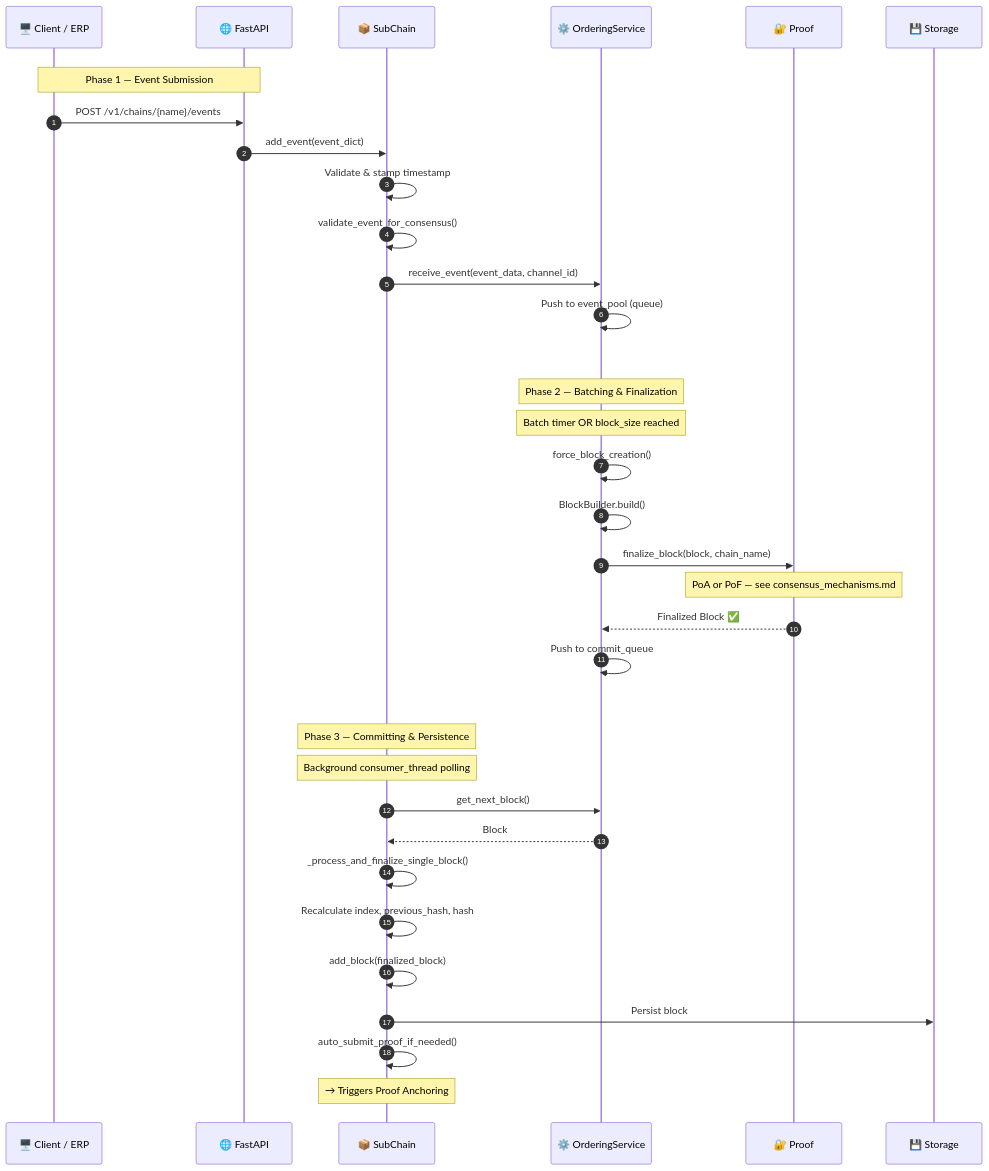
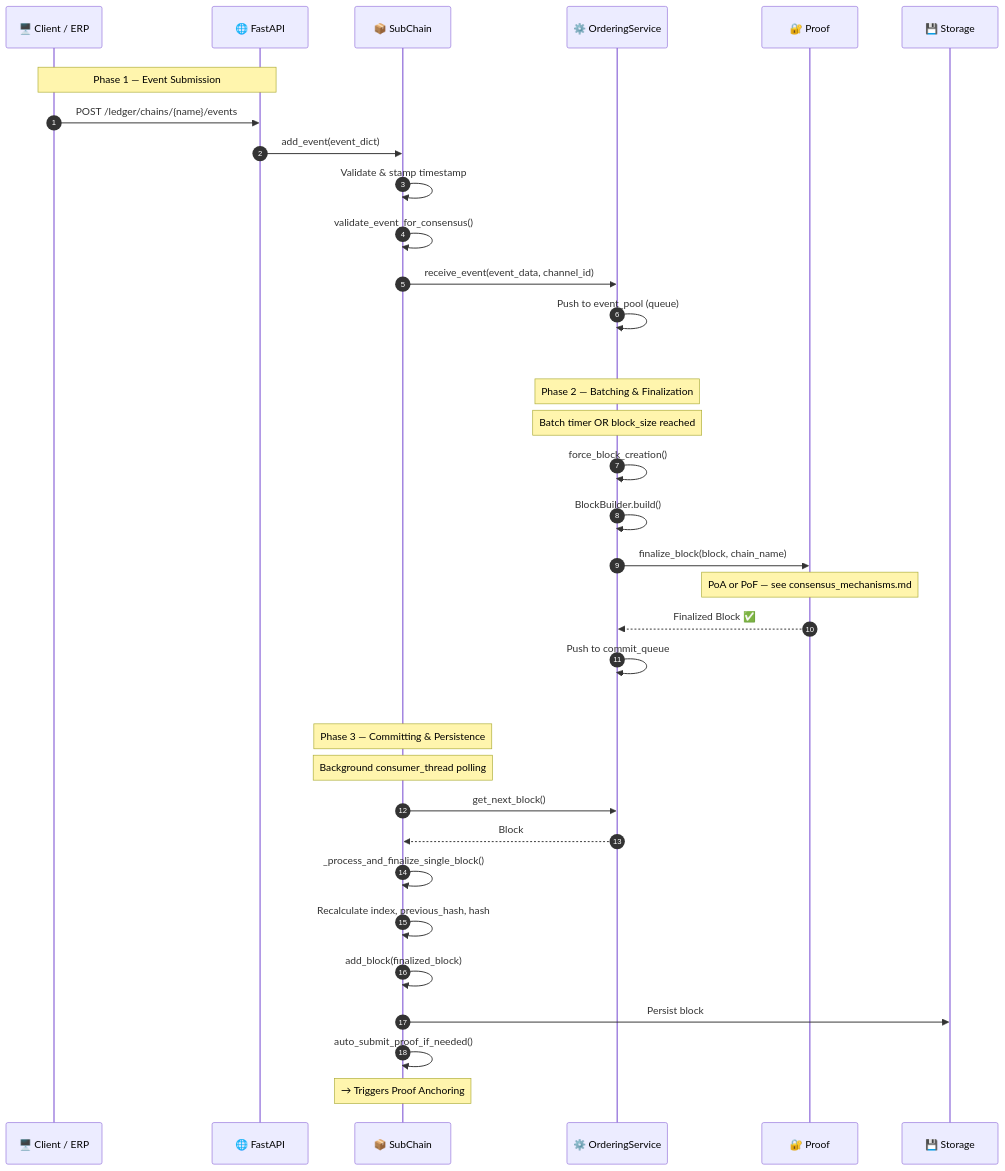
One commit to VanDung-dev/HieraChain changed the diagram in docs/en/workflows/event-submission.md. Above: the diagram before and after it, drawn with Mermaid. The commit also changed 68 other files, not shown here.

````diff
--- a/docs/en/workflows/event-submission.md
+++ b/docs/en/workflows/event-submission.md
@@ -19,49 +19,49 @@
 ```mermaid
 sequenceDiagram
     autonumber
     participant Client as 🖥️ Client / ERP
     participant API as 🌐 FastAPI
     participant SC as 📦 SubChain
     participant OS as ⚙️ OrderingService
     participant PRF as 🔐 Proof
     participant DB as 💾 Storage
 
     rect rgb(0, 0, 0, 0)
         Note over Client,API: Phase 1 — Event Submission
-        Client->>API: POST /v1/chains/{name}/events
+        Client->>API: POST /ledger/chains/{name}/events
         API->>SC: add_event(event_dict)
         SC->>SC: Validate & stamp timestamp
         SC->>SC: validate_event_for_consensus()
         SC->>OS: receive_event(event_data, channel_id)
         OS->>OS: Push to event_pool (queue)
     end
 
     rect rgb(0, 0, 0, 0)
         Note over OS: Phase 2 — Batching & Finalization
         Note over OS: Batch timer OR block_size reached
 
         OS->>OS: force_block_creation()
         OS->>OS: BlockBuilder.build()
         OS->>PRF: finalize_block(block, chain_name)
 
         Note over PRF: PoA or PoF — see consensus_mechanisms.md
 
         PRF-->>OS: Finalized Block ✅
         OS->>OS: Push to commit_queue
     end
 
     rect rgb(0, 0, 0, 0)
         Note over SC: Phase 3 — Committing & Persistence
         Note over SC: Background consumer_thread polling
 
         SC->>OS: get_next_block()
         OS-->>SC: Block
         SC->>SC: _process_and_finalize_single_block()
         SC->>SC: Recalculate index, previous_hash, hash
         SC->>SC: add_block(finalized_block)
         SC->>DB: Persist block
         SC->>SC: auto_submit_proof_if_needed()
 
         Note over SC: → Triggers Proof Anchoring
     end
 ```
````
